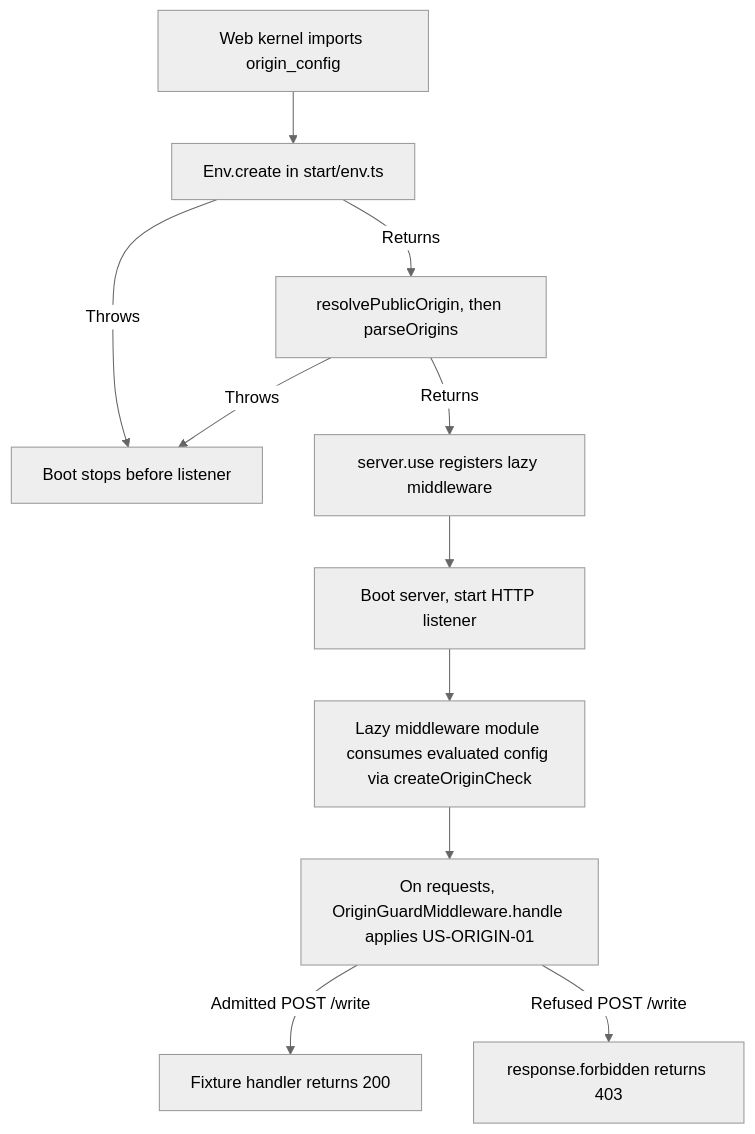
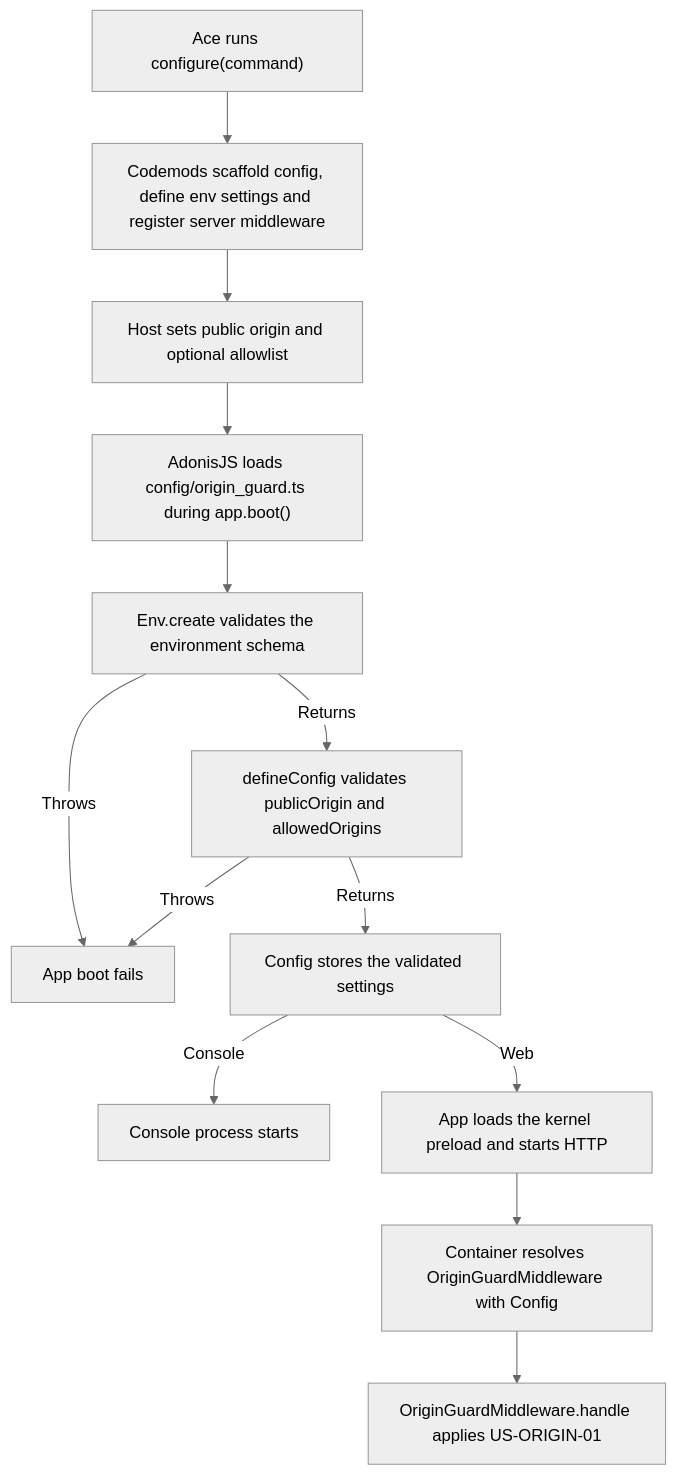
Before and after one commit to Kevinjohn/oss-adonisjs-origin-guard: the second of 2 diagrams in user-stories/US-ORIGIN-05-install-and-start.md, drawn with Mermaid (neutral theme). The commit also changed other lines of this file and 39 other files, not shown here.

Commit message:
Install Origin Guard through AdonisJS configure

````diff
--- a/user-stories/US-ORIGIN-05-install-and-start.md
+++ b/user-stories/US-ORIGIN-05-install-and-start.md
@@ -39,13 +40,15 @@
 ```mermaid
 flowchart TD
-    A["Web kernel imports origin_config"] --> V["Env.create in start/env.ts"]
-    V -->|Throws| C["Boot stops before listener"]
-    V -->|Returns| B["resolvePublicOrigin, then parseOrigins"]
-    B -->|Throws| C
-    B -->|Returns| D["server.use registers lazy middleware"]
-    D --> L["Boot server, start HTTP listener"]
-    L --> E["Lazy middleware module consumes evaluated config via createOriginCheck"]
-    E --> M["On requests, OriginGuardMiddleware.handle applies US-ORIGIN-01"]
-    M -->|Admitted POST /write| G["Fixture handler returns 200"]
-    M -->|Refused POST /write| H["response.forbidden returns 403"]
+    A["Ace runs configure(command)"] --> C["Codemods scaffold config, define env settings and register server middleware"]
+    C --> E["Host sets public origin and optional allowlist"]
+    E --> I["AdonisJS loads config/origin_guard.ts during app.boot()"]
+    I --> V["Env.create validates the environment schema"]
+    V -->|Returns| B["defineConfig validates publicOrigin and allowedOrigins"]
+    V -->|Throws| X["App boot fails"]
+    B -->|Throws| X
+    B -->|Returns| S["Config stores the validated settings"]
+    S -->|Console| P["Console process starts"]
+    S -->|Web| D["App loads the kernel preload and starts HTTP"]
+    D --> M["Container resolves OriginGuardMiddleware with Config"]
+    M --> R["OriginGuardMiddleware.handle applies US-ORIGIN-01"]
 ```
````
